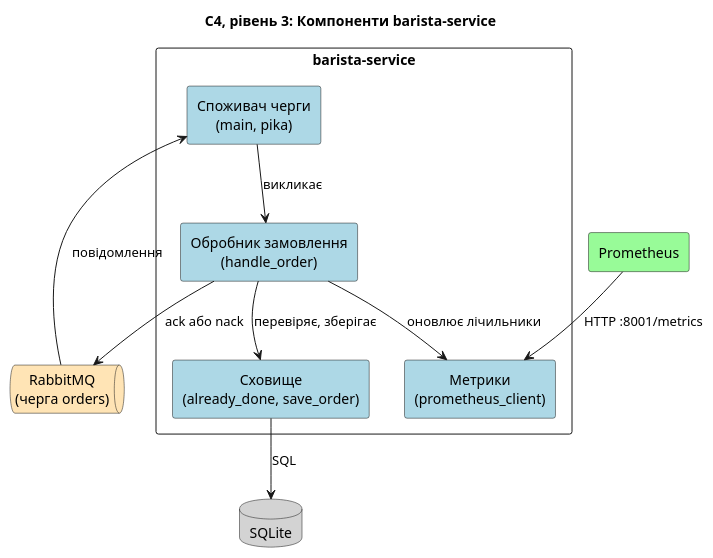
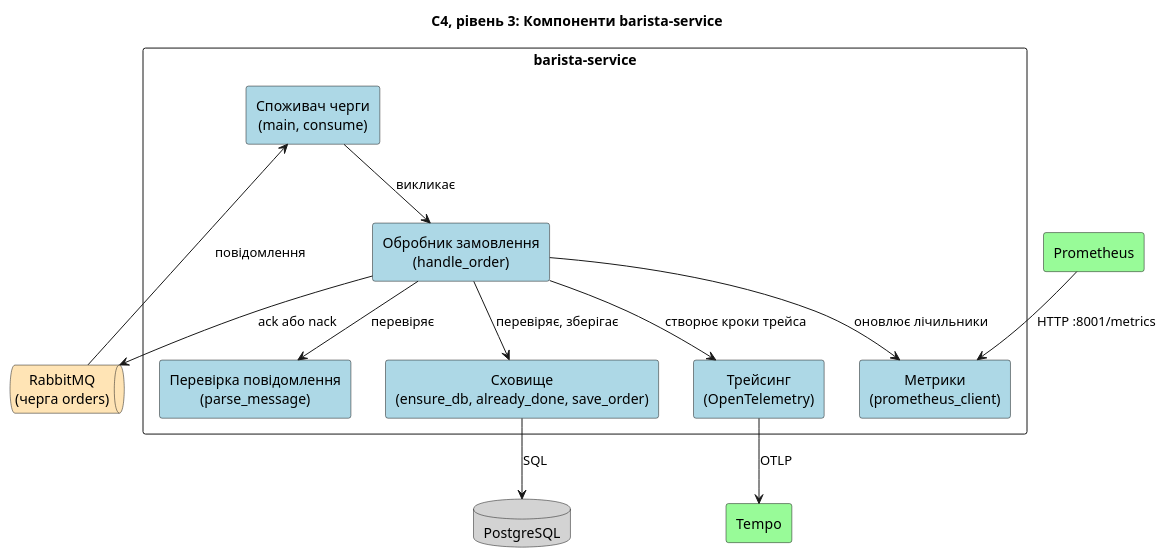
One commit to Kirrik1920/coffee-shop-information-system changed the diagram in docs/diagrams/c4-3-component.puml. Above: the diagram before and after it, drawn with PlantUML. The commit also changed 34 other files, not shown here.

```diff
--- a/docs/diagrams/c4-3-component.puml
+++ b/docs/diagrams/c4-3-component.puml
@@ -1,24 +1,30 @@
 @startuml
 title C4, рівень 3: Компоненти barista-service
 skinparam defaultTextAlignment center
 skinparam shadowing false
 
 queue "RabbitMQ\n(черга orders)" as rabbit #Moccasin
-database "SQLite" as db #LightGray
+database "PostgreSQL" as db #LightGray
 rectangle "Prometheus" as prom #PaleGreen
+rectangle "Tempo" as tempo #PaleGreen
 
 rectangle "barista-service" {
-  rectangle "Споживач черги\n(main, pika)" as consumer #LightBlue
+  rectangle "Споживач черги\n(main, consume)" as consumer #LightBlue
+  rectangle "Перевірка повідомлення\n(parse_message)" as parser #LightBlue
   rectangle "Обробник замовлення\n(handle_order)" as handler #LightBlue
-  rectangle "Сховище\n(already_done, save_order)" as storage #LightBlue
+  rectangle "Сховище\n(ensure_db, already_done, save_order)" as storage #LightBlue
   rectangle "Метрики\n(prometheus_client)" as metrics #LightBlue
+  rectangle "Трейсинг\n(OpenTelemetry)" as tracing #LightBlue
 }
 
 rabbit --> consumer : повідомлення
 consumer --> handler : викликає
+handler --> parser : перевіряє
 handler --> storage : перевіряє, зберігає
 storage --> db : SQL
 handler --> metrics : оновлює лічильники
+handler --> tracing : створює кроки трейса
 prom --> metrics : HTTP :8001/metrics
+tracing --> tempo : OTLP
 handler --> rabbit : ack або nack
 @enduml
```
